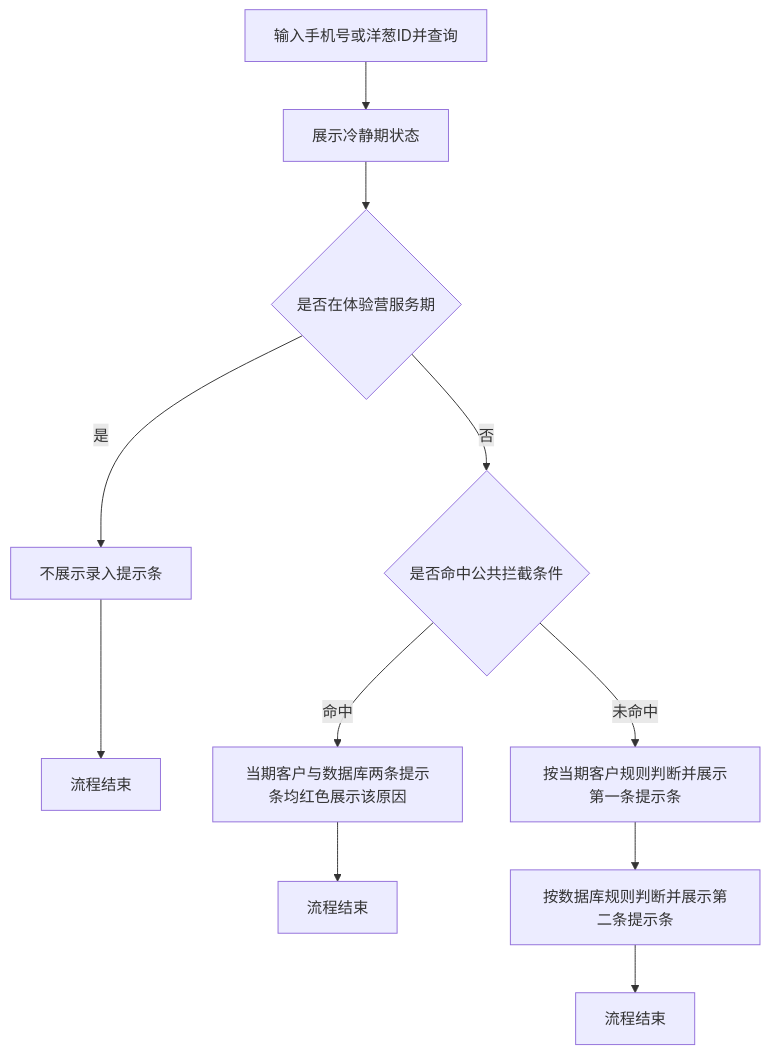
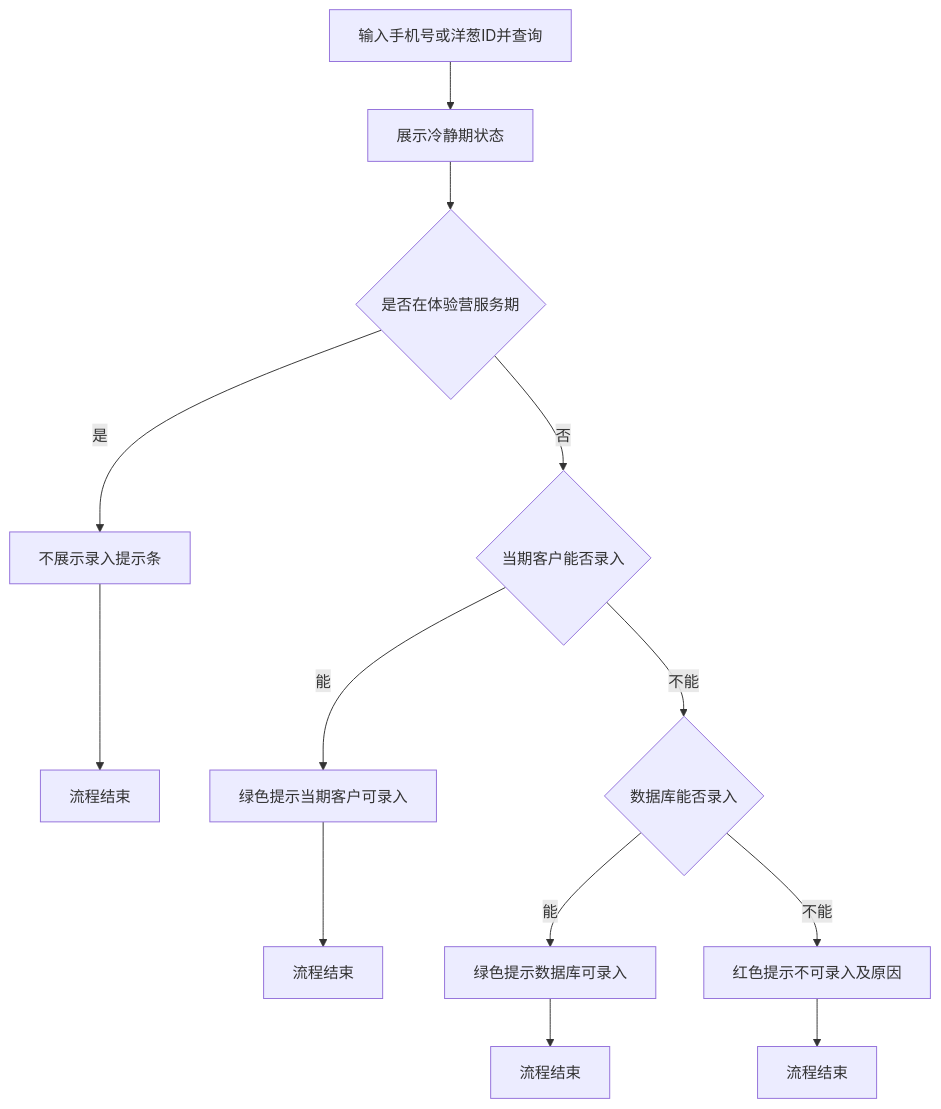
Before and after one commit to Yping-98/prototypes: the second of 2 diagrams in camp-calm-period-entry-check/PRD-体验营服务期冷静期录入拦截.md, drawn with Mermaid. The commit also changed other lines of this file and 1 other file, not shown here.

````diff
--- a/camp-calm-period-entry-check/PRD-体验营服务期冷静期录入拦截.md
+++ b/camp-calm-period-entry-check/PRD-体验营服务期冷静期录入拦截.md
@@ -56,13 +57,15 @@
 ```mermaid
 flowchart TD
     A[输入手机号或洋葱ID并查询] --> B[展示冷静期状态]
     B --> C{是否在体验营服务期}
     C -->|是| D[不展示录入提示条]
     D --> E1[流程结束]
-    C -->|否| F{是否命中公共拦截条件}
-    F -->|命中| G[当期客户与数据库两条提示条均红色展示该原因]
+    C -->|否| F{当期客户能否录入}
+    F -->|能| G[绿色提示当期客户可录入]
     G --> E2[流程结束]
-    F -->|未命中| H[按当期客户规则判断并展示第一条提示条]
-    H --> I[按数据库规则判断并展示第二条提示条]
+    F -->|不能| H{数据库能否录入}
+    H -->|能| I[绿色提示数据库可录入]
     I --> E3[流程结束]
+    H -->|不能| J[红色提示不可录入及原因]
+    J --> E4[流程结束]
 ```
````
